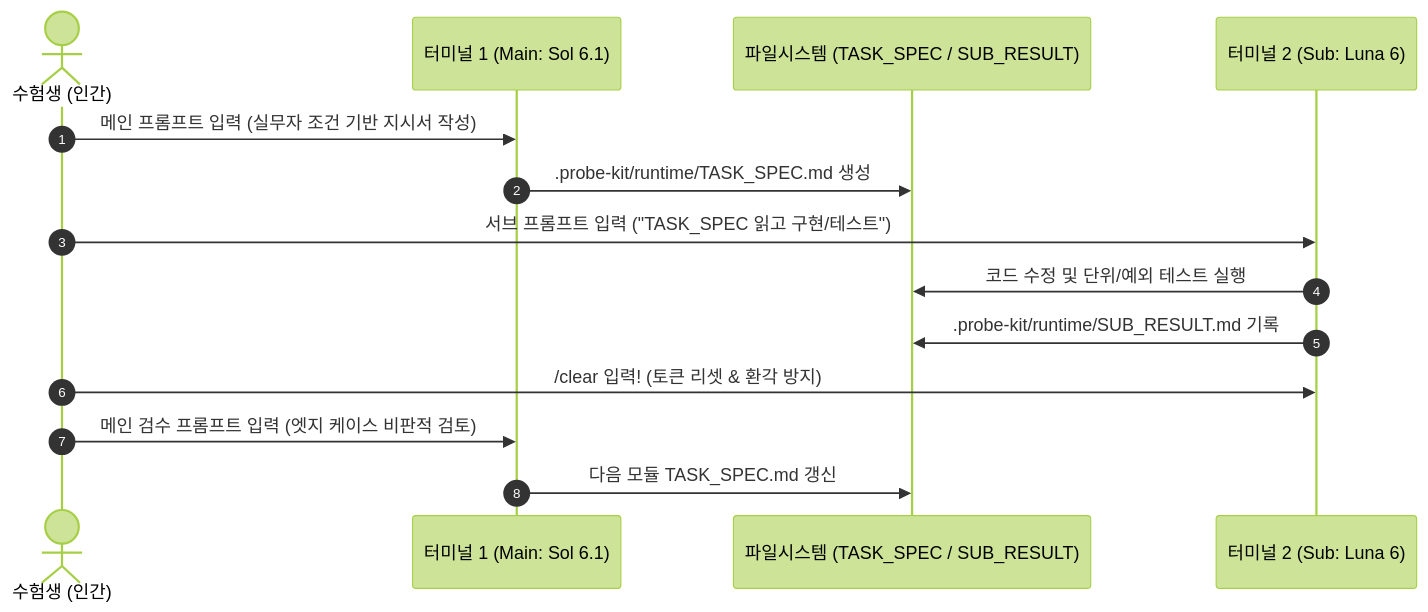
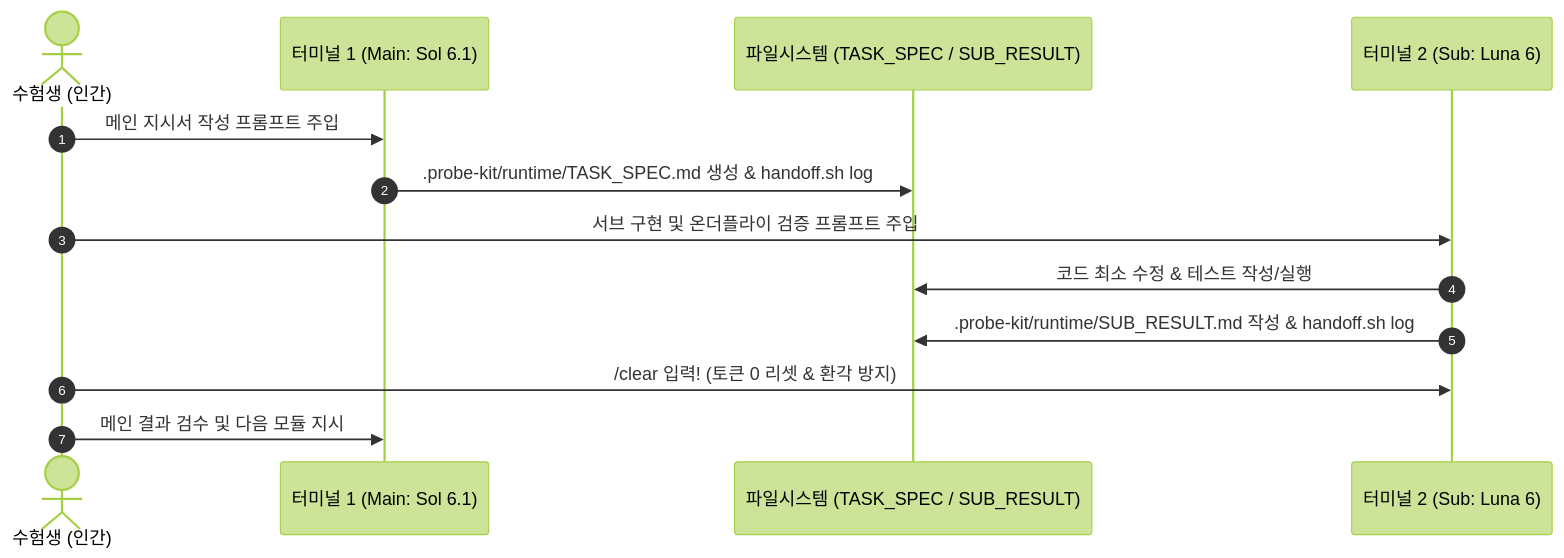
One commit to chichochoi/sk changed the diagram in foruser.md. Above: the diagram before and after it, drawn with Mermaid (forest theme). The commit also changed other lines of this file and 22 other files, not shown here.

First line of the commit message:
feat(probe-kit): add pre_submit_audit.py, on-the-fly test rule, HANDOFF template & per-stage log, rewrite foruser.md, add dm_question.md

````diff
--- a/foruser.md
+++ b/foruser.md
@@ -283,17 +248,16 @@
 ```mermaid
 sequenceDiagram
     autonumber
     actor User as 수험생 (인간)
     participant T1 as 터미널 1 (Main: Sol 6.1)
     participant FS as 파일시스템 (TASK_SPEC / SUB_RESULT)
     participant T2 as 터미널 2 (Sub: Luna 6)
 
-    User->>T1: 메인 프롬프트 입력 (실무자 조건 기반 지시서 작성)
-    T1->>FS: .probe-kit/runtime/TASK_SPEC.md 생성
-    User->>T2: 서브 프롬프트 입력 ("TASK_SPEC 읽고 구현/테스트")
-    T2->>FS: 코드 수정 및 단위/예외 테스트 실행
-    T2->>FS: .probe-kit/runtime/SUB_RESULT.md 기록
-    User->>T2: /clear 입력! (토큰 리셋 & 환각 방지)
-    User->>T1: 메인 검수 프롬프트 입력 (엣지 케이스 비판적 검토)
-    T1->>FS: 다음 모듈 TASK_SPEC.md 갱신
+    User->>T1: 메인 지시서 작성 프롬프트 주입
+    T1->>FS: .probe-kit/runtime/TASK_SPEC.md 생성 & handoff.sh log
+    User->>T2: 서브 구현 및 온더플라이 검증 프롬프트 주입
+    T2->>FS: 코드 최소 수정 & 테스트 작성/실행
+    T2->>FS: .probe-kit/runtime/SUB_RESULT.md 작성 & handoff.sh log
+    User->>T2: /clear 입력! (토큰 0 리셋 & 환각 방지)
+    User->>T1: 메인 결과 검수 및 다음 모듈 지시
 ```
````
